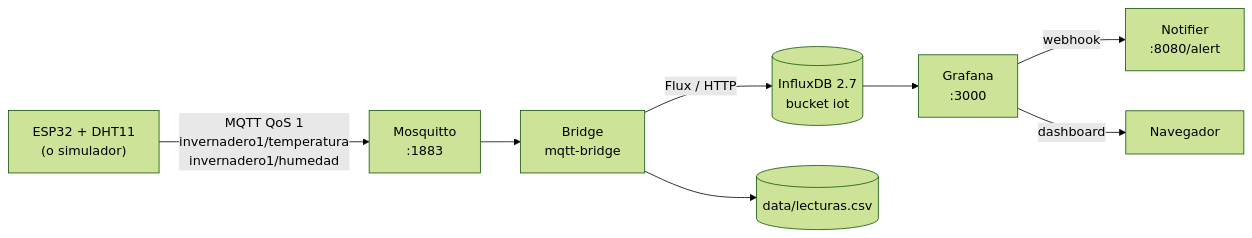
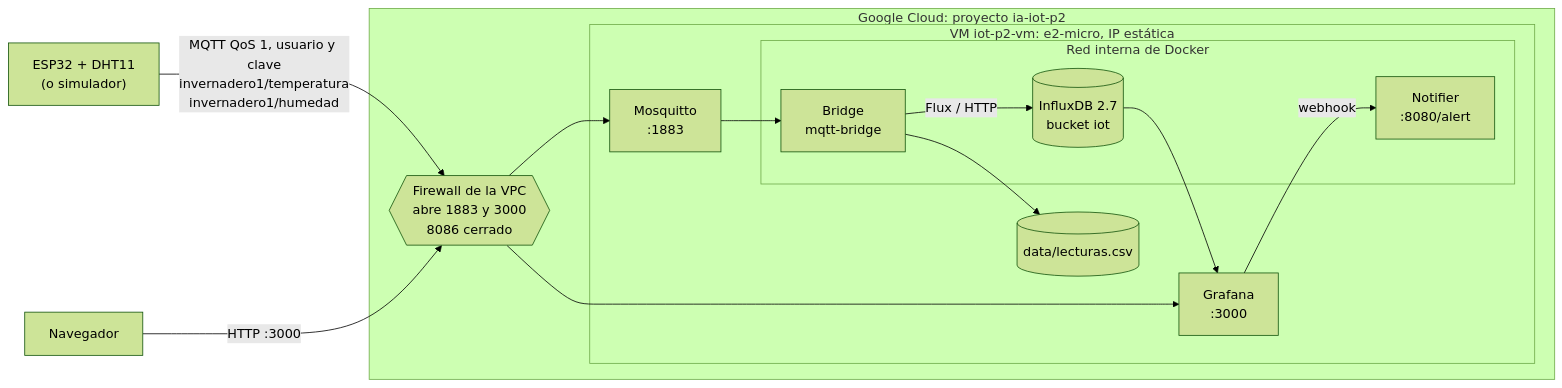
One commit to juano2024/IA_for_IoT changed the diagram in ENTREGA_PRACTICA_2.md. Above: the diagram before and after it, drawn with Mermaid (forest theme). The commit also changed other lines of this file and 9 other files, not shown here.

First line of the commit message:
feat(gcp): despliegue de la practica 2 en Google Cloud y rangos del tomate

````diff
--- a/ENTREGA_PRACTICA_2.md
+++ b/ENTREGA_PRACTICA_2.md
@@ -28,10 +34,25 @@
 ```mermaid
 flowchart LR
-    ESP32["ESP32 + DHT11<br/>(o simulador)"] -->|"MQTT QoS 1<br/>invernadero1/temperatura<br/>invernadero1/humedad"| MQ["Mosquitto<br/>:1883"]
-    MQ --> BR["Bridge<br/>mqtt-bridge"]
-    BR -->|"Flux / HTTP"| INF[("InfluxDB 2.7<br/>bucket iot")]
-    BR --> CSV[("data/lecturas.csv")]
-    INF --> GRAF["Grafana<br/>:3000"]
-    GRAF -->|"webhook"| NOT["Notifier<br/>:8080/alert"]
-    GRAF -->|"dashboard"| USER["Navegador"]
+    ESP32["ESP32 + DHT11<br/>(o simulador)"] -->|"MQTT QoS 1, usuario y clave<br/>invernadero1/temperatura<br/>invernadero1/humedad"| FW
+    USER["Navegador"] -->|"HTTP :3000"| FW
+    subgraph GCP["Google Cloud: proyecto ia-iot-p2"]
+        FW{{"Firewall de la VPC<br/>abre 1883 y 3000<br/>8086 cerrado"}}
+        subgraph VM["VM iot-p2-vm: e2-micro, IP estática"]
+            MQ["Mosquitto<br/>:1883"]
+            GRAF["Grafana<br/>:3000"]
+            CSV[("data/lecturas.csv")]
+            subgraph RED["Red interna de Docker"]
+                BR["Bridge<br/>mqtt-bridge"]
+                INF[("InfluxDB 2.7<br/>bucket iot")]
+                NOT["Notifier<br/>:8080/alert"]
+            end
+        end
+    end
+    FW --> MQ
+    FW --> GRAF
+    MQ --> BR
+    BR -->|"Flux / HTTP"| INF
+    BR --> CSV
+    INF --> GRAF
+    GRAF -->|"webhook"| NOT
 ```
````
